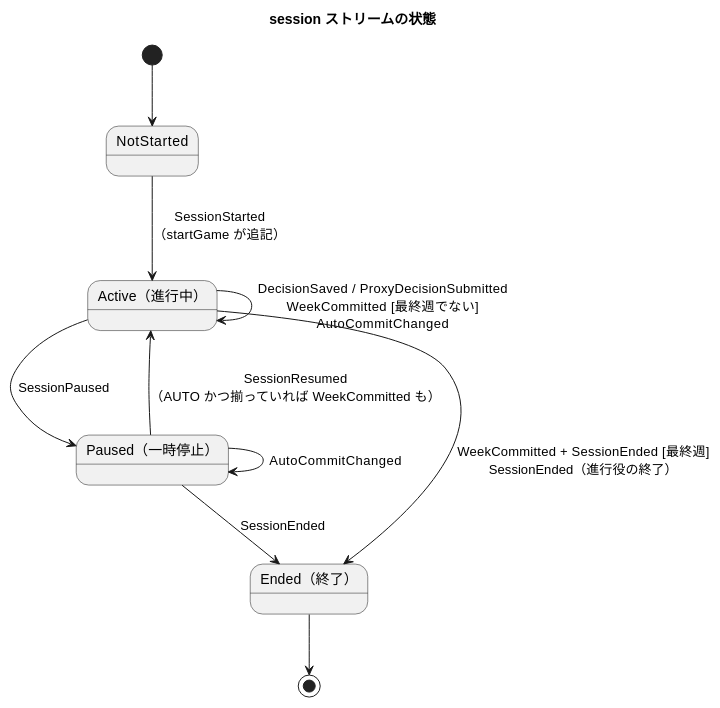
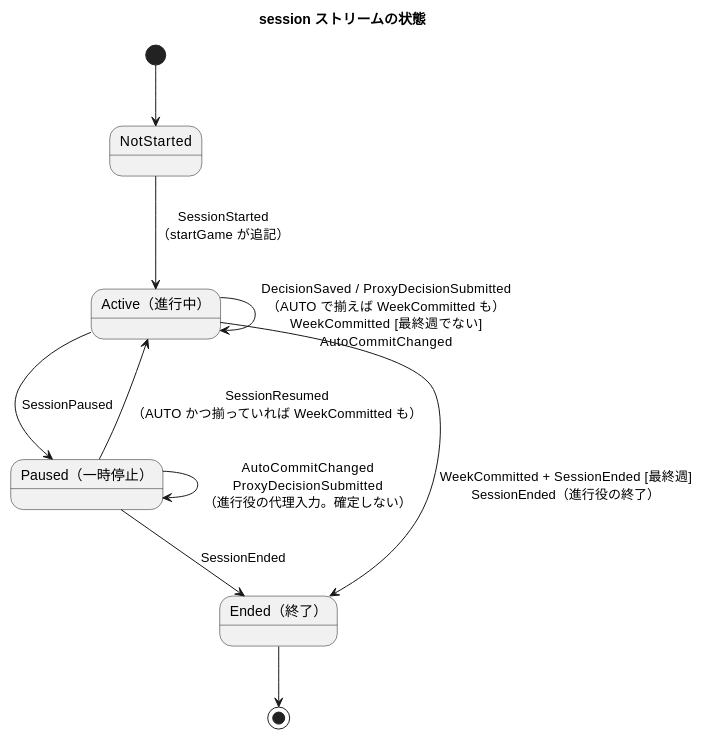
The fourth of 4 diagrams in docs/design/beer-game-kotlin/domain-model.md (k2works/case-study-beer-game-simulation), drawn with PlantUML before and after one commit. The commit also changed other lines of this file and 8 other files, not shown here.

````diff
--- a/docs/design/beer-game-kotlin/domain-model.md
+++ b/docs/design/beer-game-kotlin/domain-model.md
@@ -514,20 +538,20 @@
 ```plantuml
 @startuml
 title session ストリームの状態
 
 state "NotStarted" as S0
 state "Active（進行中）" as S1
 state "Paused（一時停止）" as S2
 state "Ended（終了）" as S3
 
 [*] --> S0
 S0 --> S1 : SessionStarted\n（startGame が追記）
-S1 --> S1 : DecisionSaved / ProxyDecisionSubmitted\nWeekCommitted [最終週でない]\nAutoCommitChanged
+S1 --> S1 : DecisionSaved / ProxyDecisionSubmitted\n（AUTO で揃えば WeekCommitted も）\nWeekCommitted [最終週でない]\nAutoCommitChanged
 S1 --> S2 : SessionPaused
 S2 --> S1 : SessionResumed\n（AUTO かつ揃っていれば WeekCommitted も）
-S2 --> S2 : AutoCommitChanged
+S2 --> S2 : AutoCommitChanged\nProxyDecisionSubmitted\n（進行役の代理入力。確定しない）
 S1 --> S3 : WeekCommitted + SessionEnded [最終週]\nSessionEnded（進行役の終了）
 S2 --> S3 : SessionEnded
 S3 --> [*]
 @enduml
 ```
````
